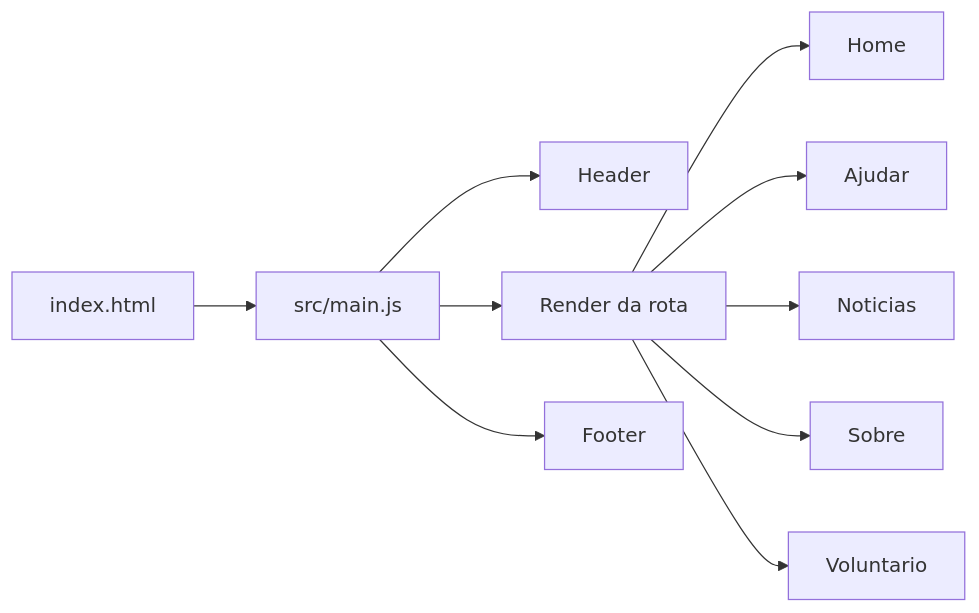
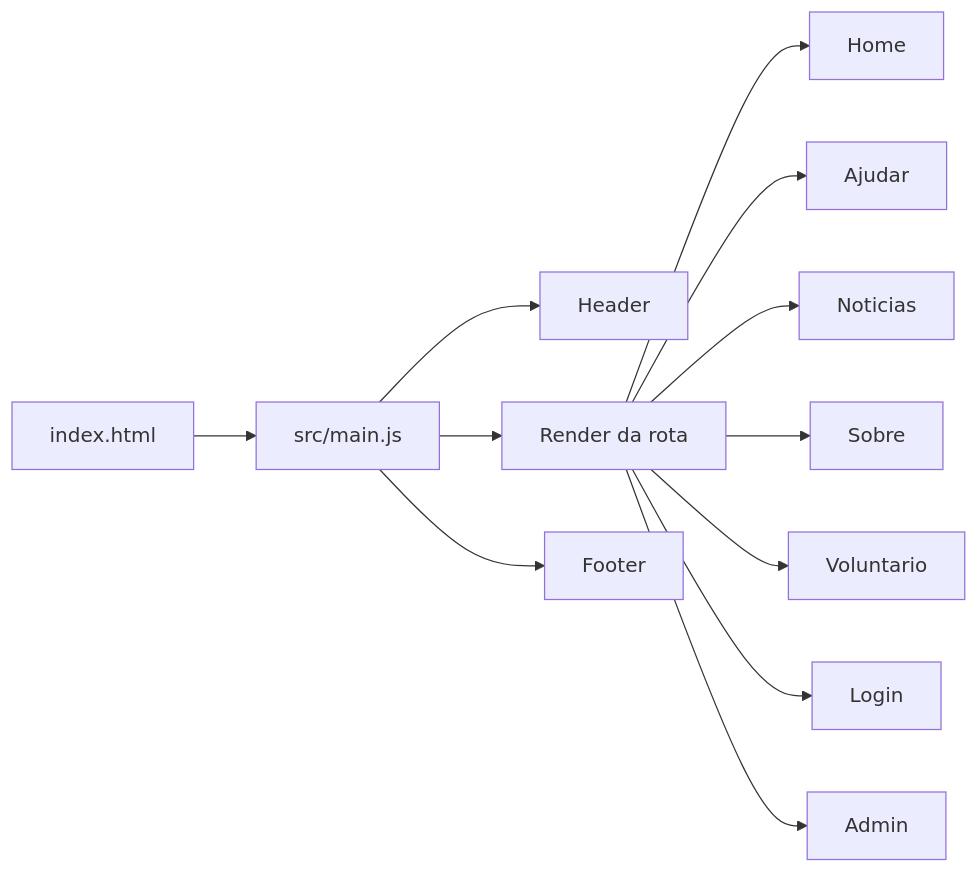
One commit to Daniel-jacodev/PeluCIA changed the first of 2 diagrams in docs/arquitetura.md. Above: the diagram before and after it, drawn with Mermaid. The commit also changed other lines of this file and 59 other files, not shown here.

````diff
--- a/docs/arquitetura.md
+++ b/docs/arquitetura.md
@@ -73,12 +75,14 @@
 ```mermaid
 flowchart LR
   A[index.html] --> B[src/main.js]
   B --> C[Header]
   B --> D[Render da rota]
   B --> E[Footer]
   D --> F[Home]
   D --> G[Ajudar]
   D --> H[Noticias]
   D --> I[Sobre]
   D --> J[Voluntario]
+  D --> K[Login]
+  D --> L[Admin]
 ```
````
